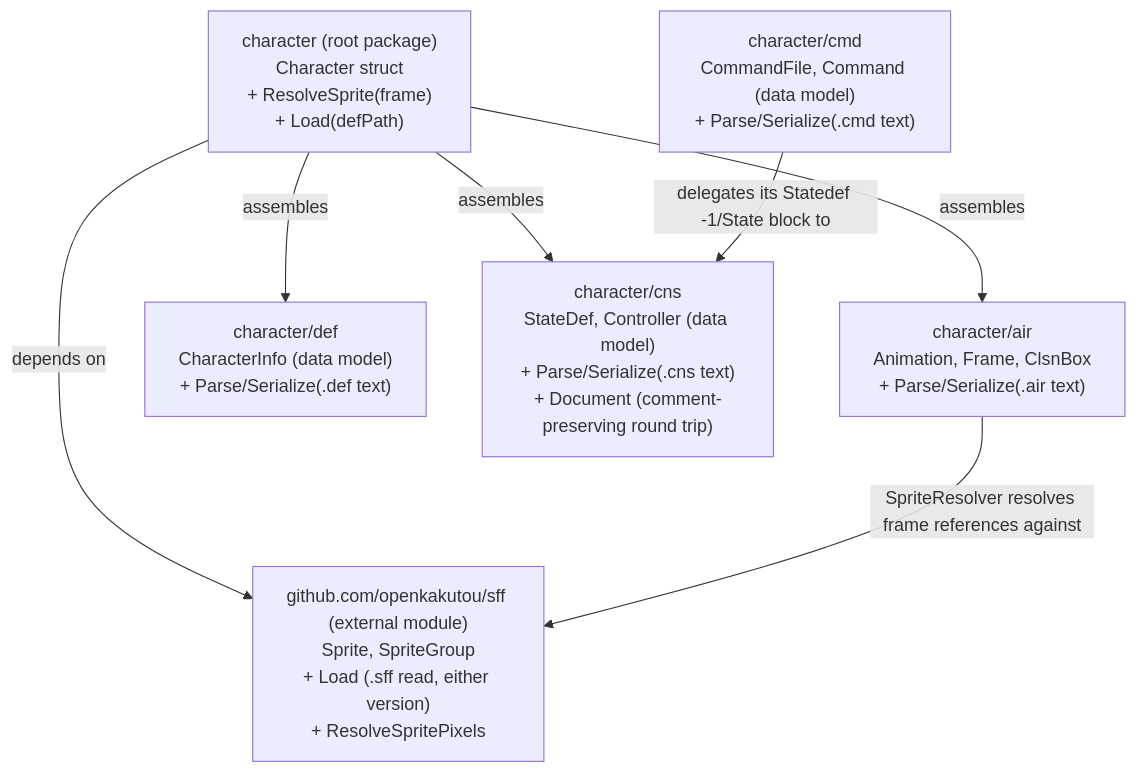
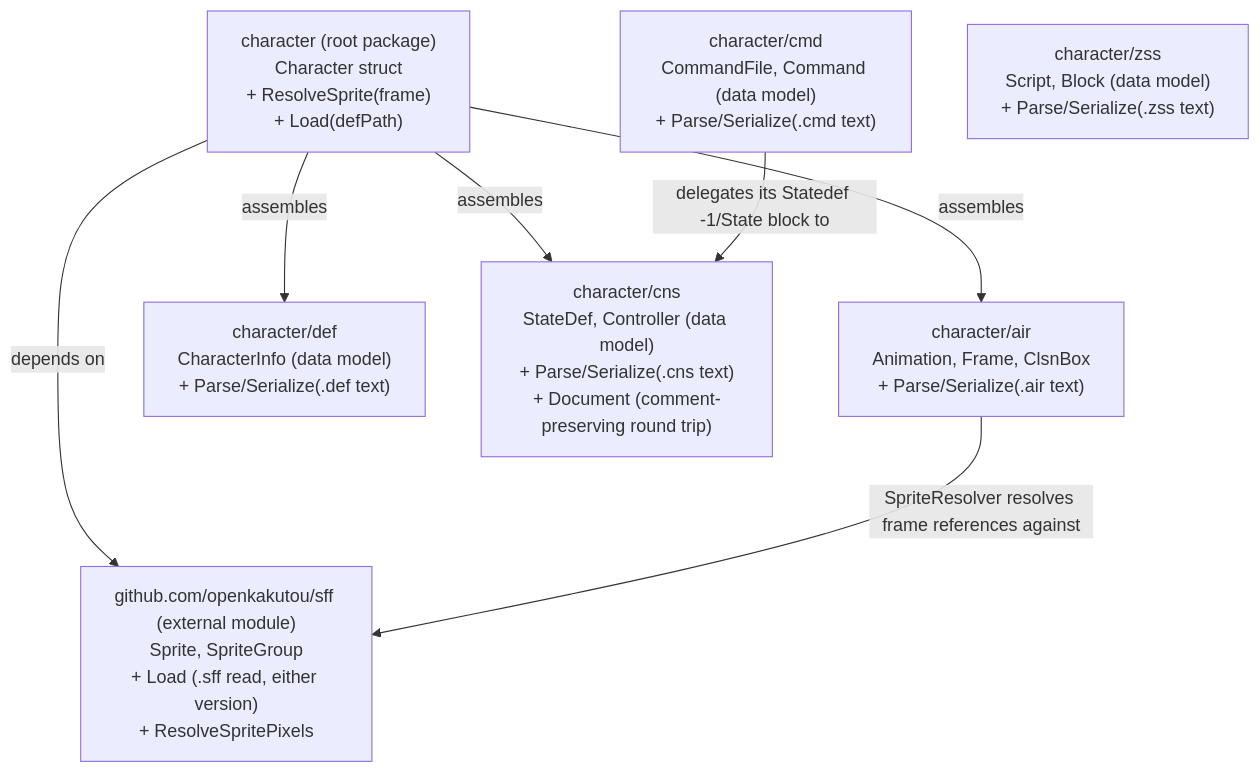
The diagram in docs/architecture.md (openkakutou/character), drawn with Mermaid before and after one commit. The commit also changed other lines of this file and 18 other files, not shown here.

````diff
--- a/docs/architecture.md
+++ b/docs/architecture.md
@@ -12,16 +12,17 @@
 ```mermaid
 graph TD
     root["character (root package)<br/>Character struct<br/>+ ResolveSprite(frame)<br/>+ Load(defPath)"]
     air["character/air<br/>Animation, Frame, ClsnBox<br/>+ Parse/Serialize(.air text)"]
     def["character/def<br/>CharacterInfo (data model)<br/>+ Parse/Serialize(.def text)"]
     sff["github.com/openkakutou/sff (external module)<br/>Sprite, SpriteGroup<br/>+ Load (.sff read, either version)<br/>+ ResolveSpritePixels"]
     cns["character/cns<br/>StateDef, Controller (data model)<br/>+ Parse/Serialize(.cns text)<br/>+ Document (comment-preserving round trip)"]
     cmd["character/cmd<br/>CommandFile, Command (data model)<br/>+ Parse/Serialize(.cmd text)"]
+    zss["character/zss<br/>Script, Block (data model)<br/>+ Parse/Serialize(.zss text)"]
 
     root -->|assembles| air
     root -->|assembles| def
     root -->|assembles| cns
     root -->|depends on| sff
     air -->|SpriteResolver resolves frame references against| sff
     cmd -->|delegates its Statedef -1/State block to| cns
 ```
````
